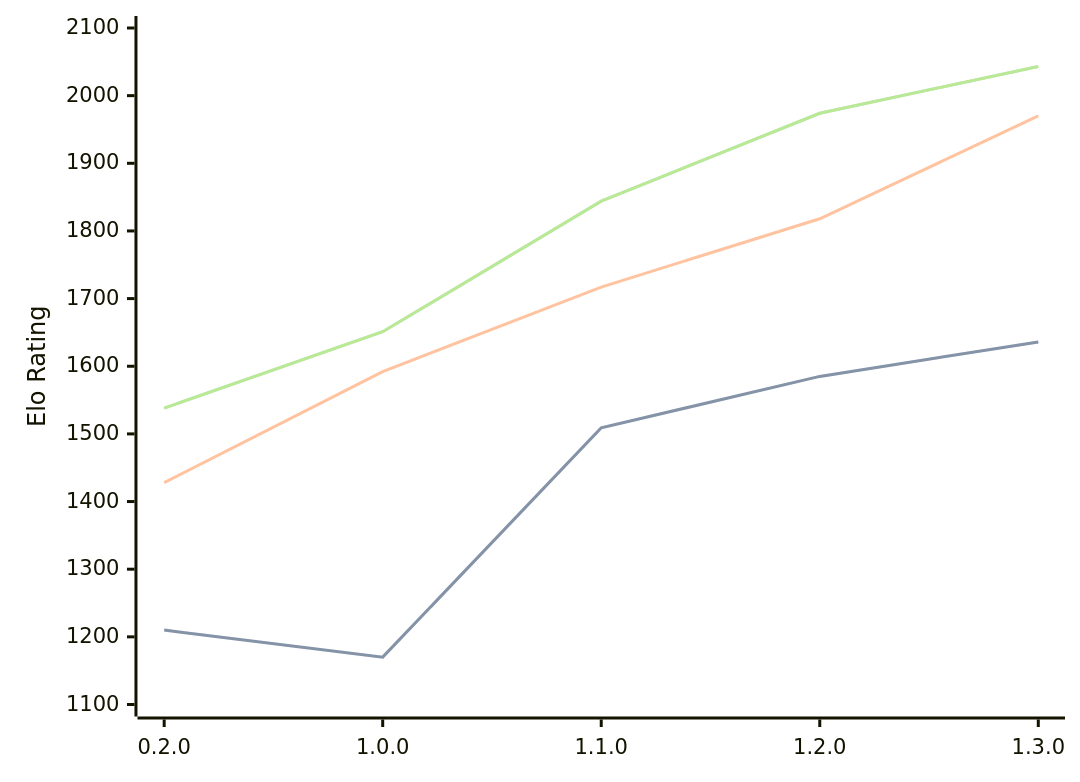
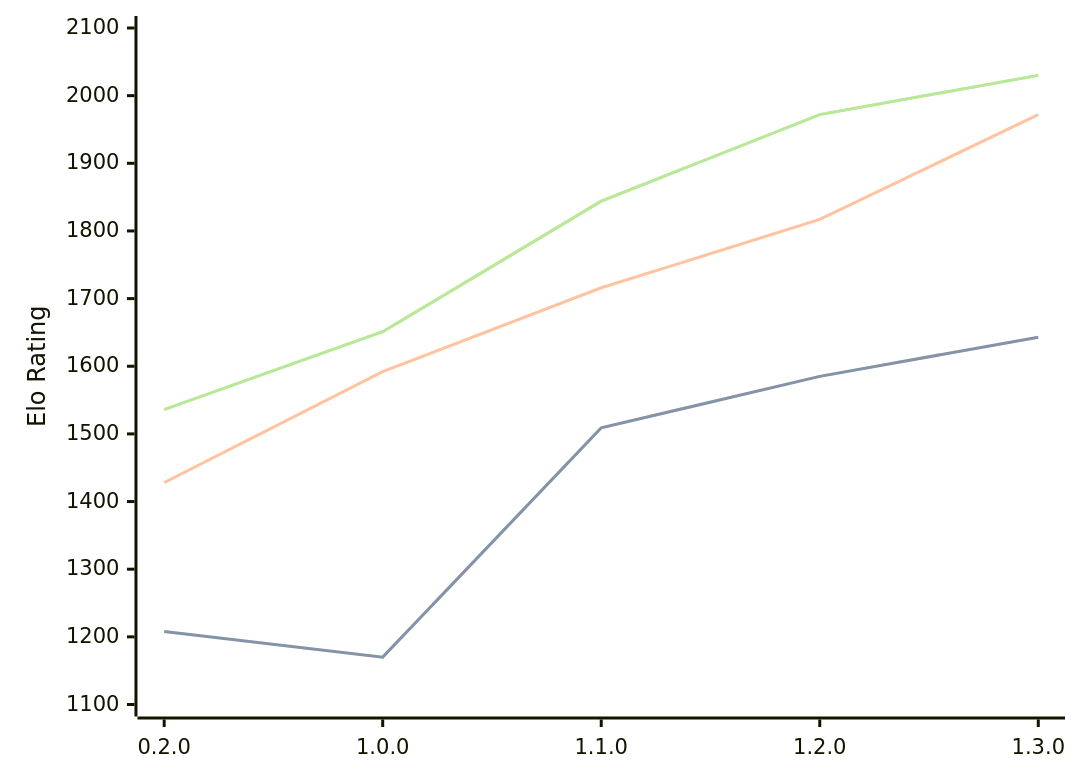
Before and after one commit to computer-chess-index/cci: the diagram in engines/Zeppelin.md, drawn with Mermaid. The commit also changed other lines of this file, not shown here.

Commit message:
Update CCI Ratings (ELO VLTC) - 2026-03-07

````diff
--- a/engines/Zeppelin.md
+++ b/engines/Zeppelin.md
@@ -35,11 +35,11 @@
 ```mermaid
 %%{init: {"theme":"base","themeVariables":{"seriesColors:['#a3a3a3','#222221','#faa371']}}}%%
 xychart-beta
   x-axis ["0.2.0", "1.0.0", "1.1.0", "1.2.0", "1.3.0"]
   y-axis "Elo Rating" 1100 --> 2100
-  line "STC (8.0+0.08s)" [1210, 1170, 1509, 1585, 1636]
-  line "STC (8.0+0.08s)" [1210, 1170, 1509, 1585, 1636]
-  line "LTC (60.0+0.60s)" [1428, 1592, 1717, 1818, 1970]
-  line "VLTC (2m24s+1.12s)" [1538, 1651, 1844, 1974, 2043]
-  line "VLTC (2m24s+1.12s)" [1538, 1651, 1844, 1974, 2043]
+  line "STC (8.0+0.08s)" [1208, 1170, 1509, 1585, 1643]
+  line "STC (8.0+0.08s)" [1208, 1170, 1509, 1585, 1643]
+  line "LTC (60.0+0.60s)" [1428, 1592, 1716, 1817, 1972]
+  line "VLTC (2m24s+1.12s)" [1536, 1651, 1844, 1972, 2030]
+  line "VLTC (2m24s+1.12s)" [1536, 1651, 1844, 1972, 2030]
 ```
````
